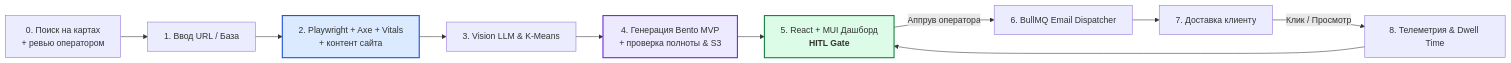
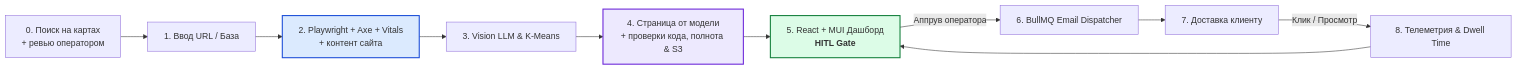
One commit to yurykurouski/revamp-docs changed the diagram in README.md. Above: the diagram before and after it, drawn with Mermaid. The commit also changed other lines of this file and 2 other files, not shown here.

Commit message:
docs(REV-142): ADR 17, superseded ADRs, milestones REV-135–142, README — the model-designed MVP page

````diff
--- a/README.md
+++ b/README.md
@@ -83,16 +83,16 @@
 ```mermaid
 flowchart LR
     Z["0. Поиск на картах<br/>+ ревью оператором"] --> A
     A["1. Ввод URL / База"] --> B["2. Playwright + Axe + Vitals<br/>+ контент сайта"]
     B --> C["3. Vision LLM & K-Means"]
-    C --> D["4. Генерация Bento MVP<br/>+ проверка полноты & S3"]
+    C --> D["4. Страница от модели<br/>+ проверки кода, полнота & S3"]
     D --> E["5. React + MUI Дашборд<br/><b>HITL Gate</b>"]
     E -->|Аппрув оператора| F["6. BullMQ Email Dispatcher"]
     F --> G["7. Доставка клиенту"]
     G -->|Клик / Просмотр| H["8. Телеметрия & Dwell Time"]
     H --> E
 
     style E fill:#dcfce7,stroke:#15803d,stroke-width:2px
     style D fill:#ede9fe,stroke:#6d28d9,stroke-width:2px
     style B fill:#dbeafe,stroke:#1d4ed8,stroke-width:2px
 ```
````
